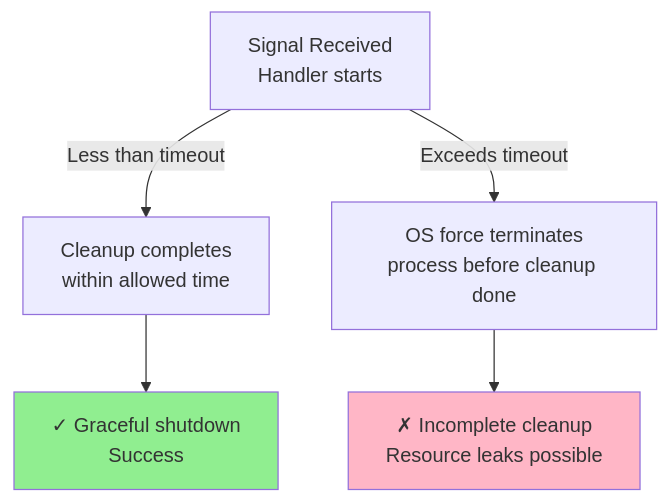
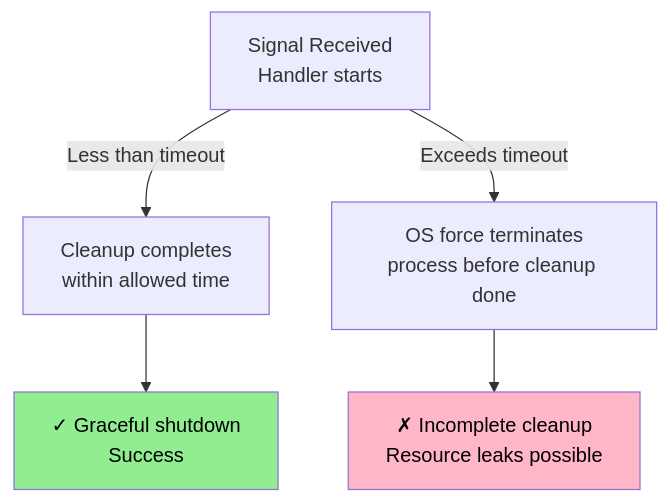
The sixth of 11 diagrams in 14.Graceful Shutdown/README.md (ahmed-226/Backend-from-first-principles), drawn with Mermaid before and after one commit. The commit also changed other lines of this file and 1 other file, not shown here.

````diff
--- a/14.Graceful Shutdown/README.md
+++ b/14.Graceful Shutdown/README.md
@@ -274,10 +274,10 @@
 ```mermaid
 graph TB
     A["Signal Received<br/>Handler starts"] -->|Less than timeout| B["Cleanup completes<br/>within allowed time"]
     A -->|Exceeds timeout| C["OS force terminates<br/>process before cleanup done"]
     B --> D["✓ Graceful shutdown<br/>Success"]
     C --> E["✗ Incomplete cleanup<br/>Resource leaks possible"]
     
-    style D fill:#90EE90
-    style E fill:#FFB6C6
+    style D fill:#90EE90,color:#000
+    style E fill:#FFB6C6,color:#000
 ```
````
